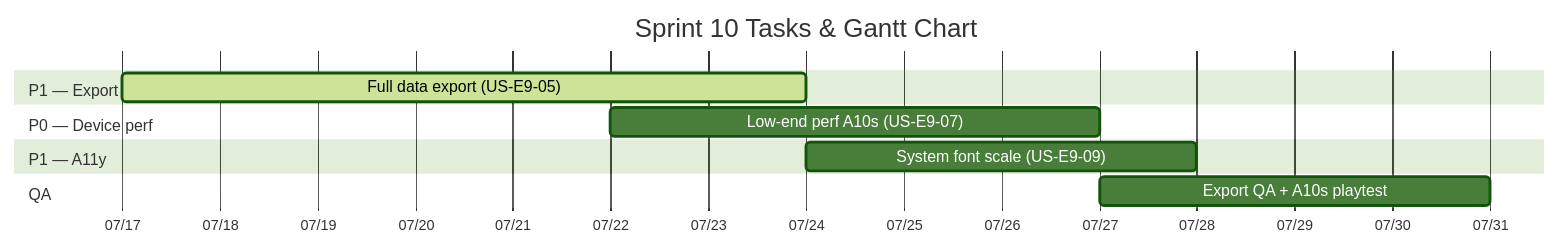
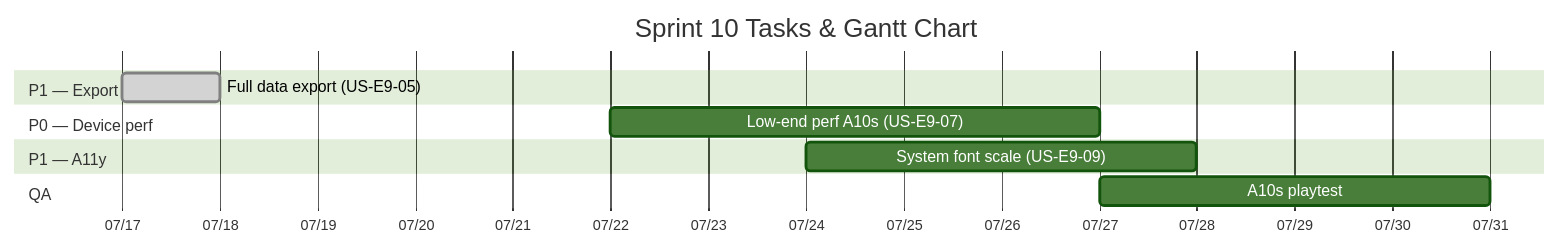
Before and after one commit to ChayutChanmueang/mci-cognitive-game-hub-dev-deploy: the diagram in docs/agile/sprint-backlogs/sprint-10.md, drawn with Mermaid (forest theme). The commit also changed other lines of this file and 10 other files, not shown here.

Commit message:
docs: bump version to 1.1.6 and update changelog for full player data export (US-E9-05) completion

````diff
--- a/docs/agile/sprint-backlogs/sprint-10.md
+++ b/docs/agile/sprint-backlogs/sprint-10.md
@@ -12,14 +12,14 @@
 ```mermaid
 gantt
     title Sprint 10 Tasks & Gantt Chart
     dateFormat  YYYY-MM-DD
     axisFormat  %m/%d
     section P1 — Export
-    Full data export (US-E9-05)      :active, t5, 2026-07-17, 7d
+    Full data export (US-E9-05)      :done, t5, 2026-07-17, 1d
     section P0 — Device perf
     Low-end perf A10s (US-E9-07)     :t7, 2026-07-22, 5d
     section P1 — A11y
     System font scale (US-E9-09)     :t9, 2026-07-24, 4d
     section QA
-    Export QA + A10s playtest        :q1, 2026-07-27, 4d
+    A10s playtest                    :q1, 2026-07-27, 4d
 ```
````
